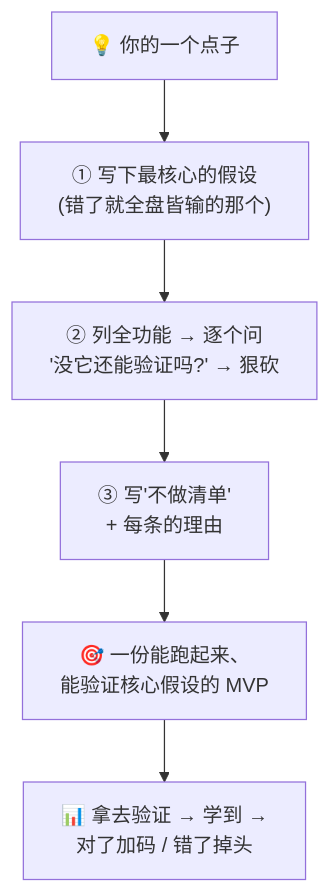
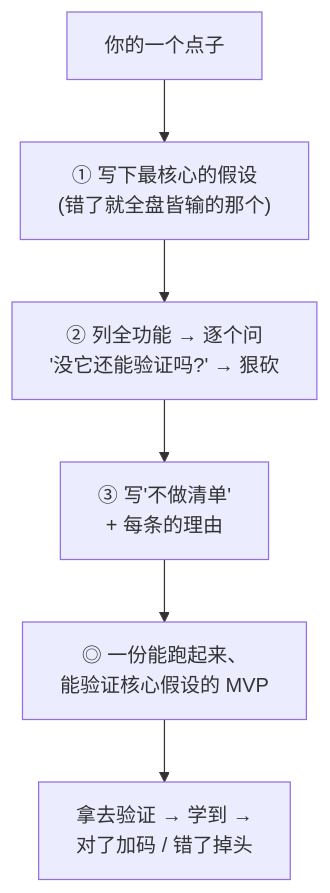
The third of 3 diagrams in docs/02_CONCEPTS_概念入门/CONCEPT/[CONCEPT-32] 什么是MVP-最小可行产品.md (luckykhy/KhyAiHub), drawn with Mermaid before and after one commit. The commit also changed other lines of this file and 19 other files, not shown here.

````diff
--- a/docs/02_CONCEPTS_概念入门/CONCEPT/[CONCEPT-32] 什么是MVP-最小可行产品.md
+++ b/docs/02_CONCEPTS_概念入门/CONCEPT/[CONCEPT-32] 什么是MVP-最小可行产品.md
@@ -233,8 +233,8 @@
 ```mermaid
 flowchart TB
-  IDEA["💡 你的一个点子"] --> H["① 写下最核心的假设<br/>(错了就全盘皆输的那个)"]
+  IDEA["你的一个点子"] --> H["① 写下最核心的假设<br/>(错了就全盘皆输的那个)"]
   H --> CUT["② 列全功能 → 逐个问<br/>'没它还能验证吗?' → 狠砍"]
   CUT --> NOT["③ 写'不做清单'<br/>+ 每条的理由"]
-  NOT --> MVP["🎯 一份能跑起来、<br/>能验证核心假设的 MVP"]
-  MVP --> LEARN["📊 拿去验证 → 学到 →<br/>对了加码 / 错了掉头"]
+  NOT --> MVP["◎ 一份能跑起来、<br/>能验证核心假设的 MVP"]
+  MVP --> LEARN["拿去验证 → 学到 →<br/>对了加码 / 错了掉头"]
 ```
````
